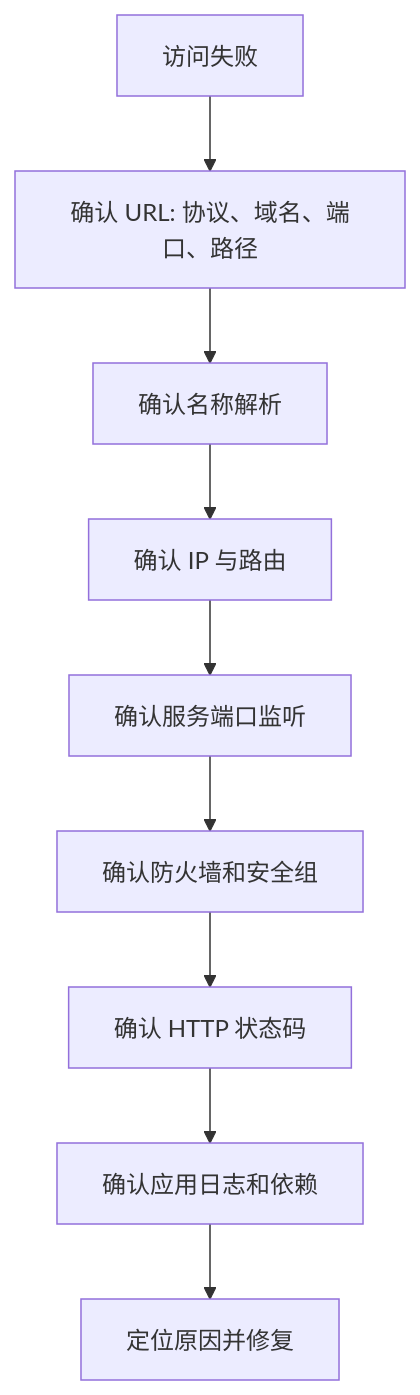
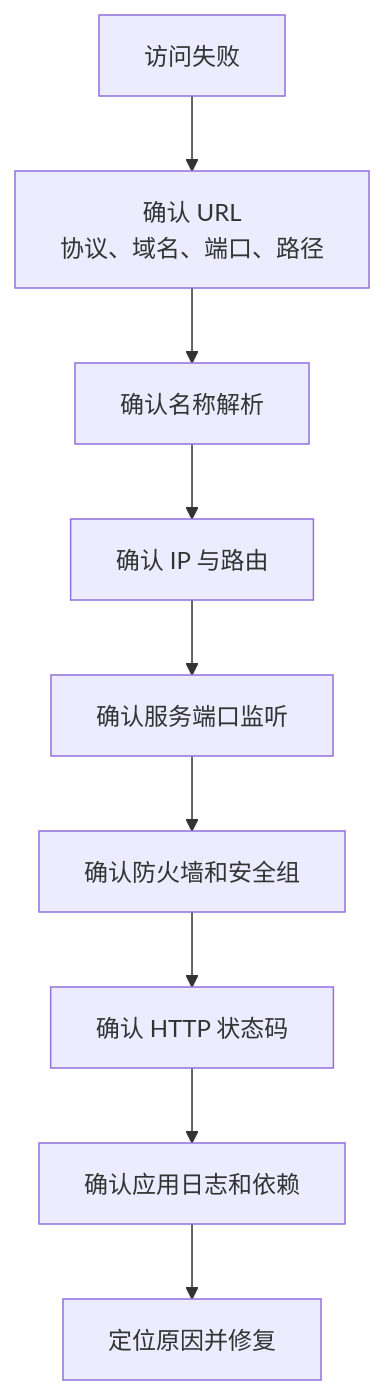
The second of 3 diagrams in docs/chapters/stage-01-foundation/04-linux-network.md (yleoer/cloud-native-todo-platform-docs), drawn with Mermaid before and after one commit. The commit also changed other lines of this file and 3 other files, not shown here.

````diff
--- a/docs/chapters/stage-01-foundation/04-linux-network.md
+++ b/docs/chapters/stage-01-foundation/04-linux-network.md
@@ -250,14 +232,14 @@
 ```mermaid
 flowchart TD
     Start["访问失败"]
-    URL["确认 URL: 协议、域名、端口、路径"]
+    URL["确认 URL<br/>协议、域名、端口、路径"]
     DNS["确认名称解析"]
     Route["确认 IP 与路由"]
     Listen["确认服务端口监听"]
     Firewall["确认防火墙和安全组"]
     HTTP["确认 HTTP 状态码"]
     Logs["确认应用日志和依赖"]
     Done["定位原因并修复"]
 
     Start --> URL --> DNS --> Route --> Listen --> Firewall --> HTTP --> Logs --> Done
 ```
````
